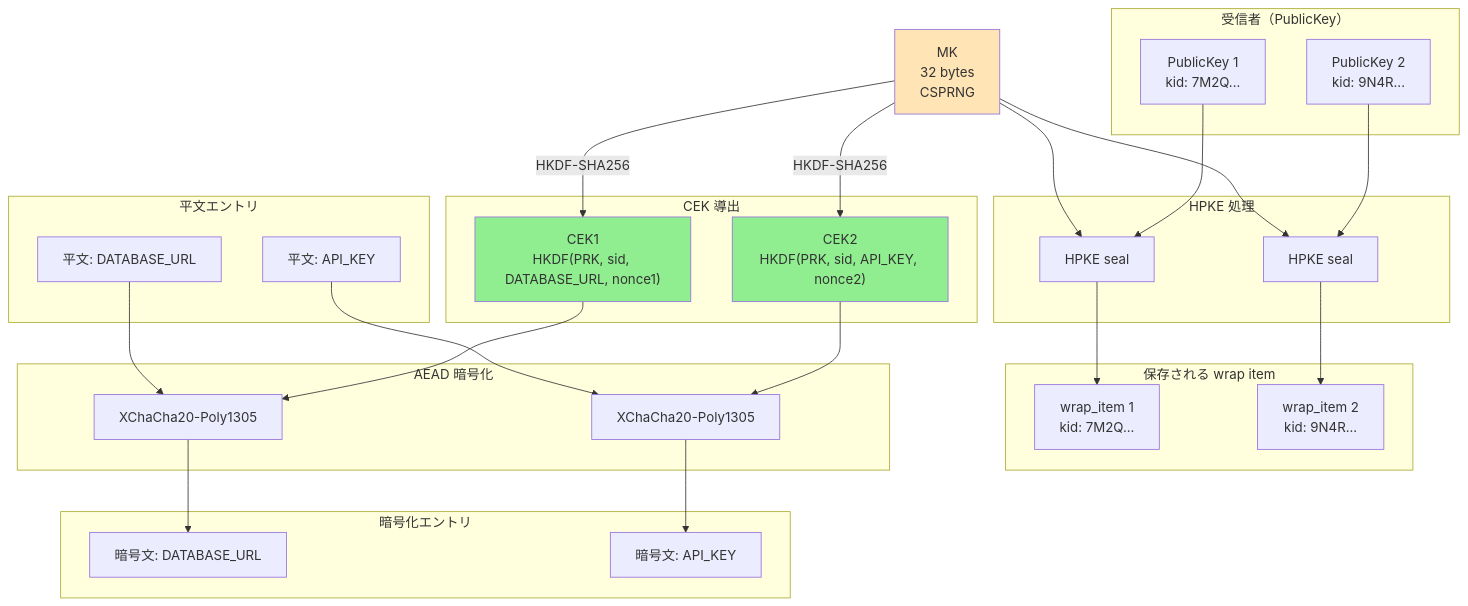
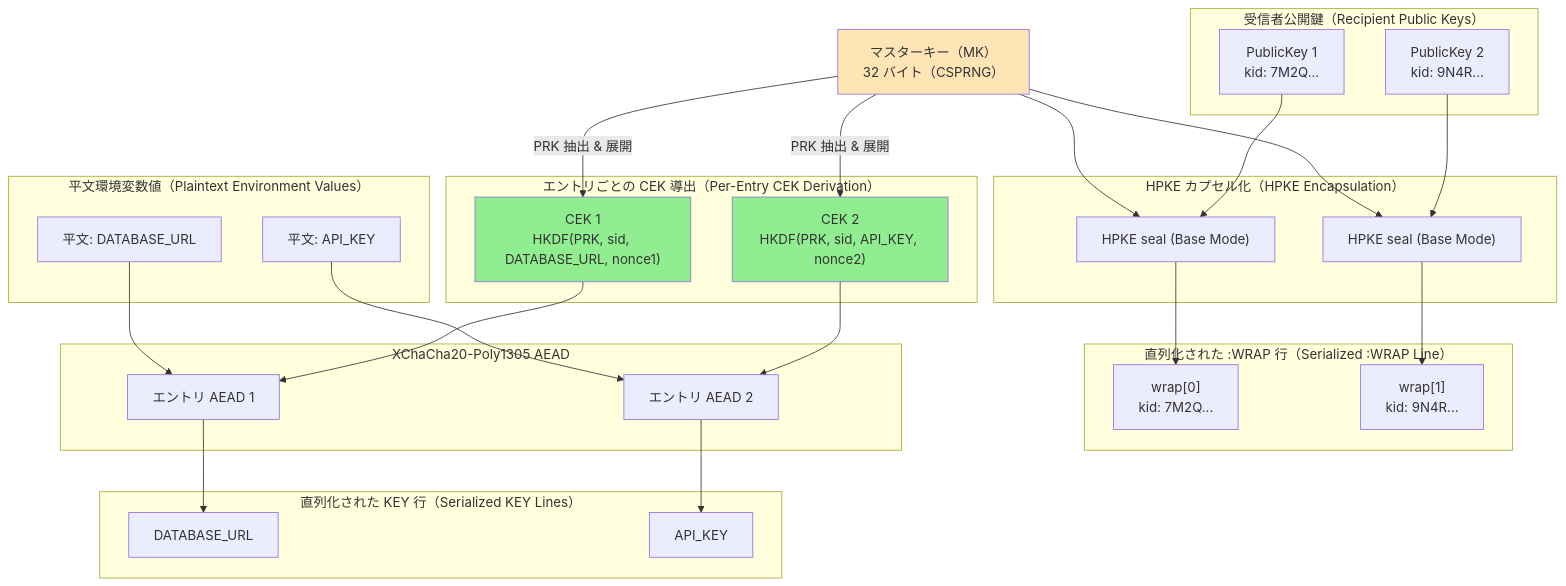
The fourth of 6 diagrams in guides/security_design_ja.md (ebisawa/kapsaro), drawn with Mermaid before and after one commit. The commit also changed other lines of this file and 12 other files, not shown here.

````diff
--- a/guides/security_design_ja.md
+++ b/guides/security_design_ja.md
@@ -876,58 +963,58 @@
 ```mermaid
 graph TB
-    subgraph recipients["受信者（PublicKey）"]
+    subgraph recipients["受信者公開鍵（Recipient Public Keys）"]
         PK1["PublicKey 1<br/>kid: 7M2Q..."]
         PK2["PublicKey 2<br/>kid: 9N4R..."]
     end
 
-    subgraph hpke["HPKE 処理"]
-        HPKE1[HPKE seal]
-        HPKE2[HPKE seal]
+    subgraph hpke["HPKE カプセル化（HPKE Encapsulation）"]
+        HPKE1["HPKE seal (Base Mode)"]
+        HPKE2["HPKE seal (Base Mode)"]
     end
 
-    subgraph wrap["保存される wrap item"]
-        W1["wrap_item 1<br/>kid: 7M2Q..."]
-        W2["wrap_item 2<br/>kid: 9N4R..."]
+    subgraph wrap["直列化された :WRAP 行（Serialized :WRAP Line）"]
+        W1["wrap[0]<br/>kid: 7M2Q..."]
+        W2["wrap[1]<br/>kid: 9N4R..."]
     end
 
-    MK["MK<br/>32 bytes<br/>CSPRNG"]
+    MK["マスターキー（MK）<br/>32 バイト（CSPRNG）"]
 
-    subgraph cek["CEK 導出"]
-        CEK1["CEK1<br/>HKDF(PRK, sid, DATABASE_URL, nonce1)"]
-        CEK2["CEK2<br/>HKDF(PRK, sid, API_KEY, nonce2)"]
+    subgraph cek["エントリごとの CEK 導出（Per-Entry CEK Derivation）"]
+        CEK1["CEK 1<br/>HKDF(PRK, sid, DATABASE_URL, nonce1)"]
+        CEK2["CEK 2<br/>HKDF(PRK, sid, API_KEY, nonce2)"]
     end
 
-    subgraph p_entries["平文エントリ"]
+    subgraph p_entries["平文環境変数値（Plaintext Environment Values）"]
         PE1["平文: DATABASE_URL"]
         PE2["平文: API_KEY"]
     end
 
-    subgraph aead["AEAD 暗号化"]
-        AEAD1[XChaCha20-Poly1305]
-        AEAD2[XChaCha20-Poly1305]
+    subgraph aead["XChaCha20-Poly1305 AEAD"]
+        AEAD1["エントリ AEAD 1"]
+        AEAD2["エントリ AEAD 2"]
     end
 
-    subgraph entries["暗号化エントリ"]
-        E1["暗号文: DATABASE_URL"]
-        E2["暗号文: API_KEY"]
+    subgraph entries["直列化された KEY 行（Serialized KEY Lines）"]
+        E1["DATABASE_URL <token1>"]
+        E2["API_KEY <token2>"]
     end
 
     PK1 --> HPKE1
     MK --> HPKE1
     HPKE1 --> W1
     PK2 --> HPKE2
     MK --> HPKE2
     HPKE2 --> W2
-    MK -->|HKDF-SHA256| CEK1
-    MK -->|HKDF-SHA256| CEK2
+    MK -->|"PRK 抽出 & 展開"| CEK1
+    MK -->|"PRK 抽出 & 展開"| CEK2
     CEK1 --> AEAD1
     PE1 --> AEAD1
     AEAD1 --> E1
     CEK2 --> AEAD2
     PE2 --> AEAD2
     AEAD2 --> E2
 
     style MK fill:#FFE4B5
     style CEK1 fill:#90EE90
     style CEK2 fill:#90EE90
 ```
````
